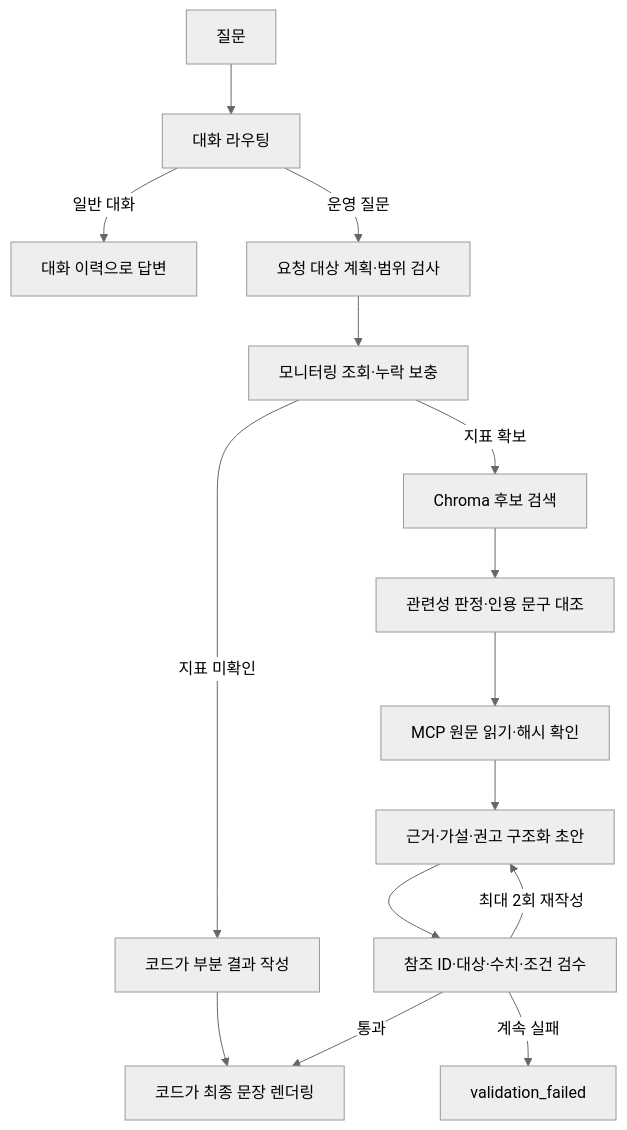
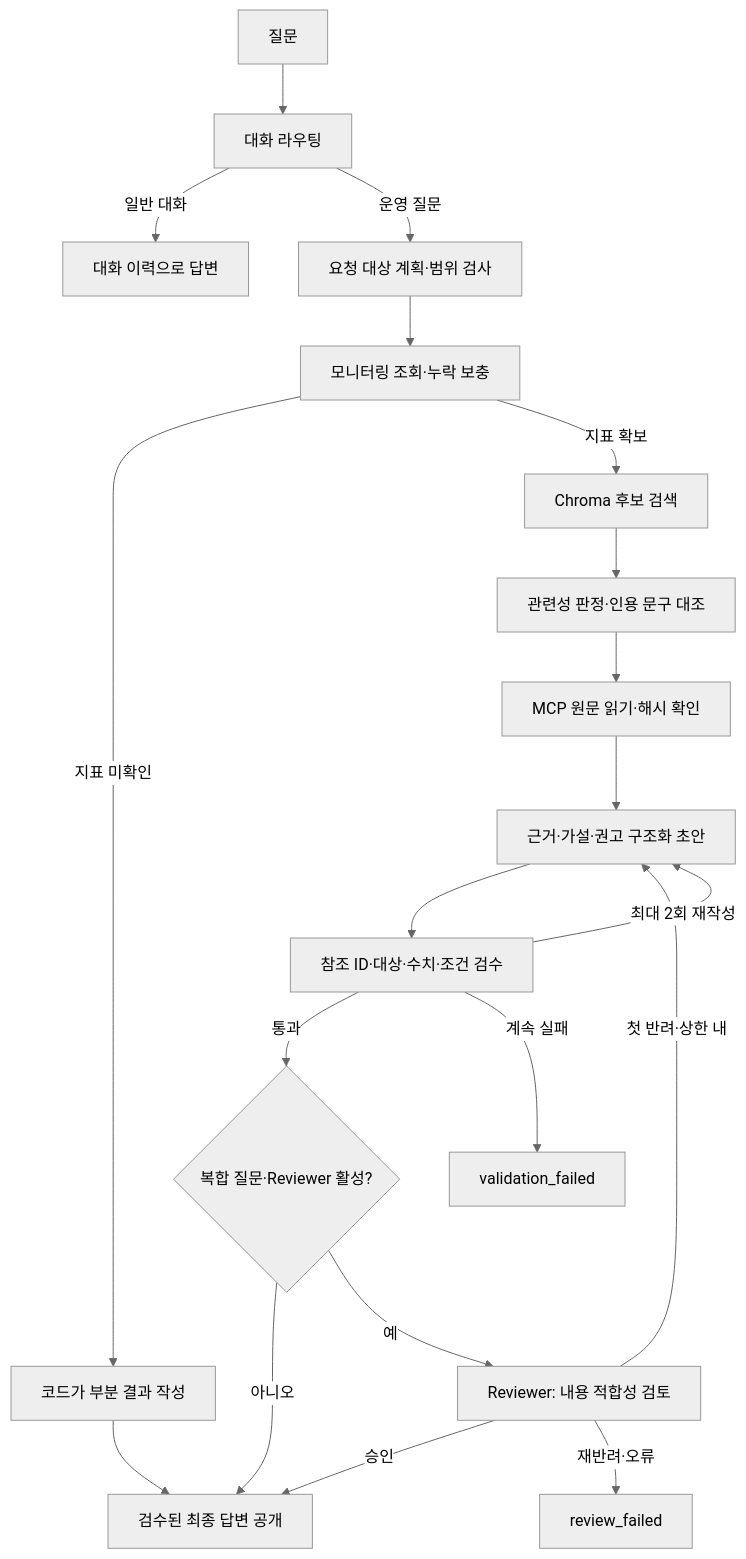
The diagram in README.md (jeonginlee09-cpu/skala-ai-mini_project), drawn with Mermaid (neutral theme) before and after one commit. The commit also changed other lines of this file and 13 other files, not shown here.

````diff
--- a/README.md
+++ b/README.md
@@ -55,17 +61,22 @@
 ```mermaid
 flowchart TD
     A[질문] --> B[대화 라우팅]
     B -->|일반 대화| C[대화 이력으로 답변]
     B -->|운영 질문| D[요청 대상 계획·범위 검사]
     D --> E[모니터링 조회·누락 보충]
     E -->|지표 미확인| P[코드가 부분 결과 작성]
     E -->|지표 확보| F[Chroma 후보 검색]
     F --> G[관련성 판정·인용 문구 대조]
     G --> H[MCP 원문 읽기·해시 확인]
     H --> I[근거·가설·권고 구조화 초안]
     I --> J[참조 ID·대상·수치·조건 검수]
-    J -->|통과| K[코드가 최종 문장 렌더링]
+    J -->|통과| M{복합 질문·Reviewer 활성?}
+    M -->|아니오| K[검수된 최종 답변 공개]
+    M -->|예| N[Reviewer: 내용 적합성 검토]
+    N -->|승인| K
+    N -->|첫 반려·상한 내| I
+    N -->|재반려·오류| O[review_failed]
     J -->|최대 2회 재작성| I
     J -->|계속 실패| L[validation_failed]
     P --> K
 ```
````
